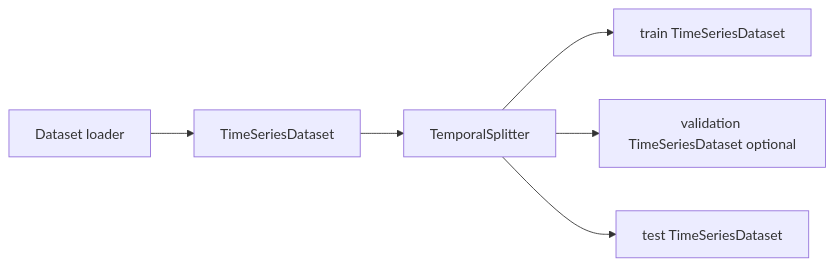
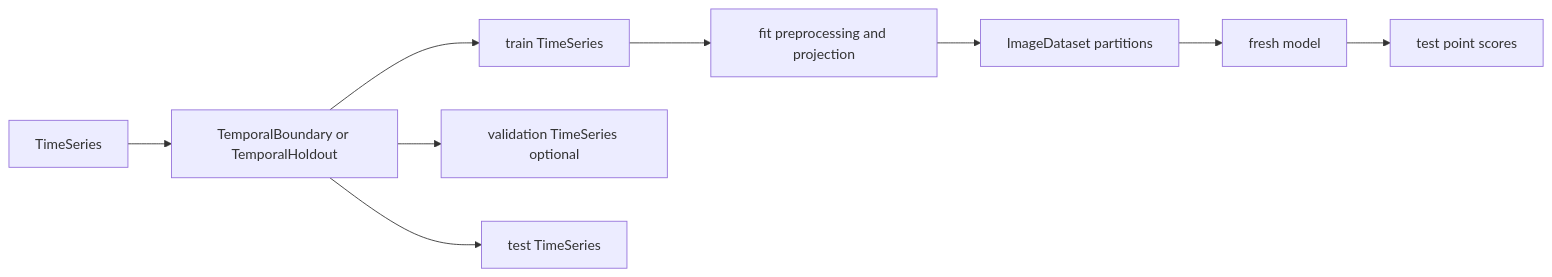
The diagram in docs/design.md (Smendowski/detectiv), drawn with Mermaid before and after one commit. The commit also changed other lines of this file and 63 other files, not shown here.

````diff
--- a/docs/design.md
+++ b/docs/design.md
@@ -47,8 +8,11 @@
 ```mermaid
 flowchart LR
-    L[Dataset loader] --> D[TimeSeriesDataset]
-    D --> S[TemporalSplitter]
-    S --> TR[train TimeSeriesDataset]
-    S --> VA[validation TimeSeriesDataset optional]
-    S --> TE[test TimeSeriesDataset]
+    S[TimeSeries] --> B[TemporalBoundary or TemporalHoldout]
+    B --> TR[train TimeSeries]
+    B --> VA[validation TimeSeries optional]
+    B --> TE[test TimeSeries]
+    TR --> P[fit preprocessing and projection]
+    P --> I[ImageDataset partitions]
+    I --> M[fresh model]
+    M --> R[test point scores]
 ```
````
